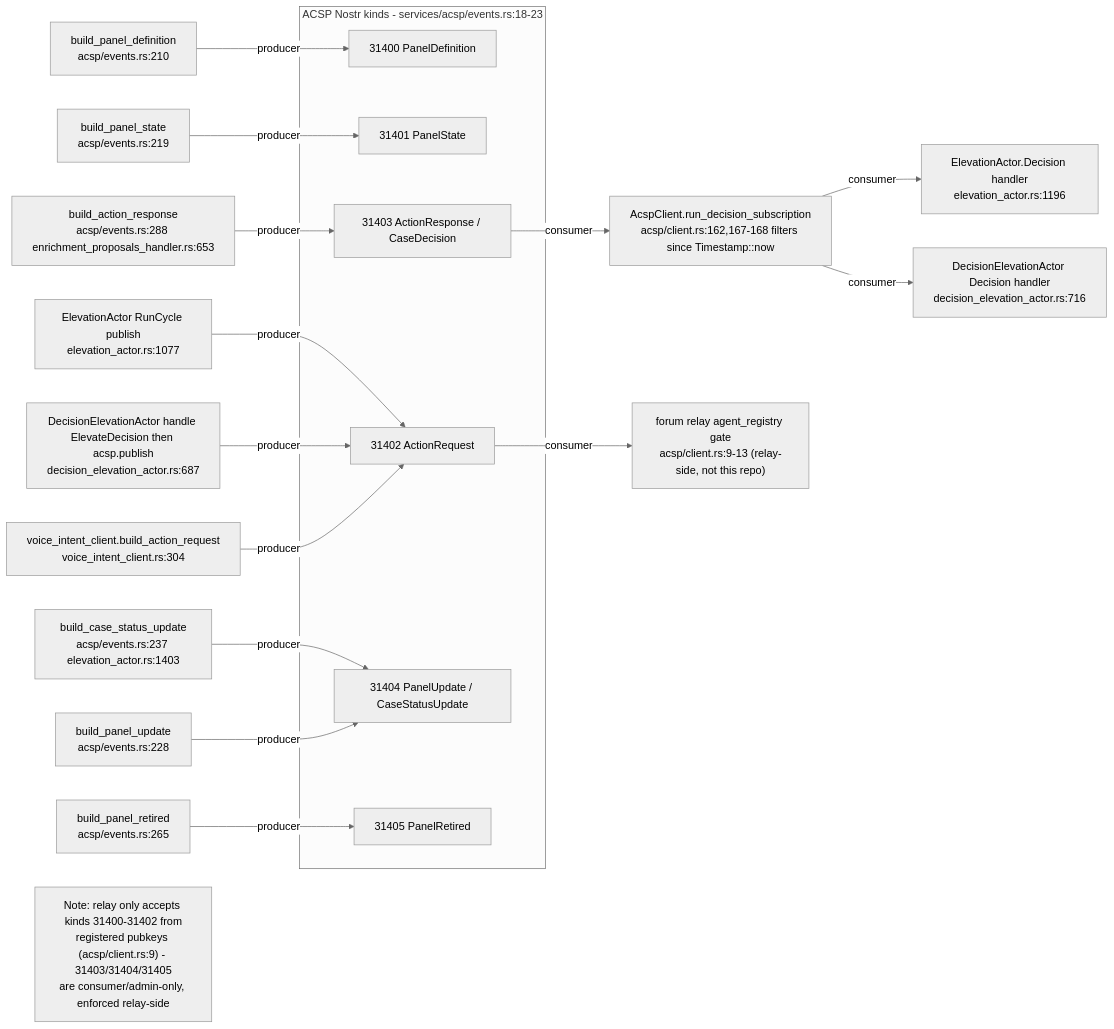
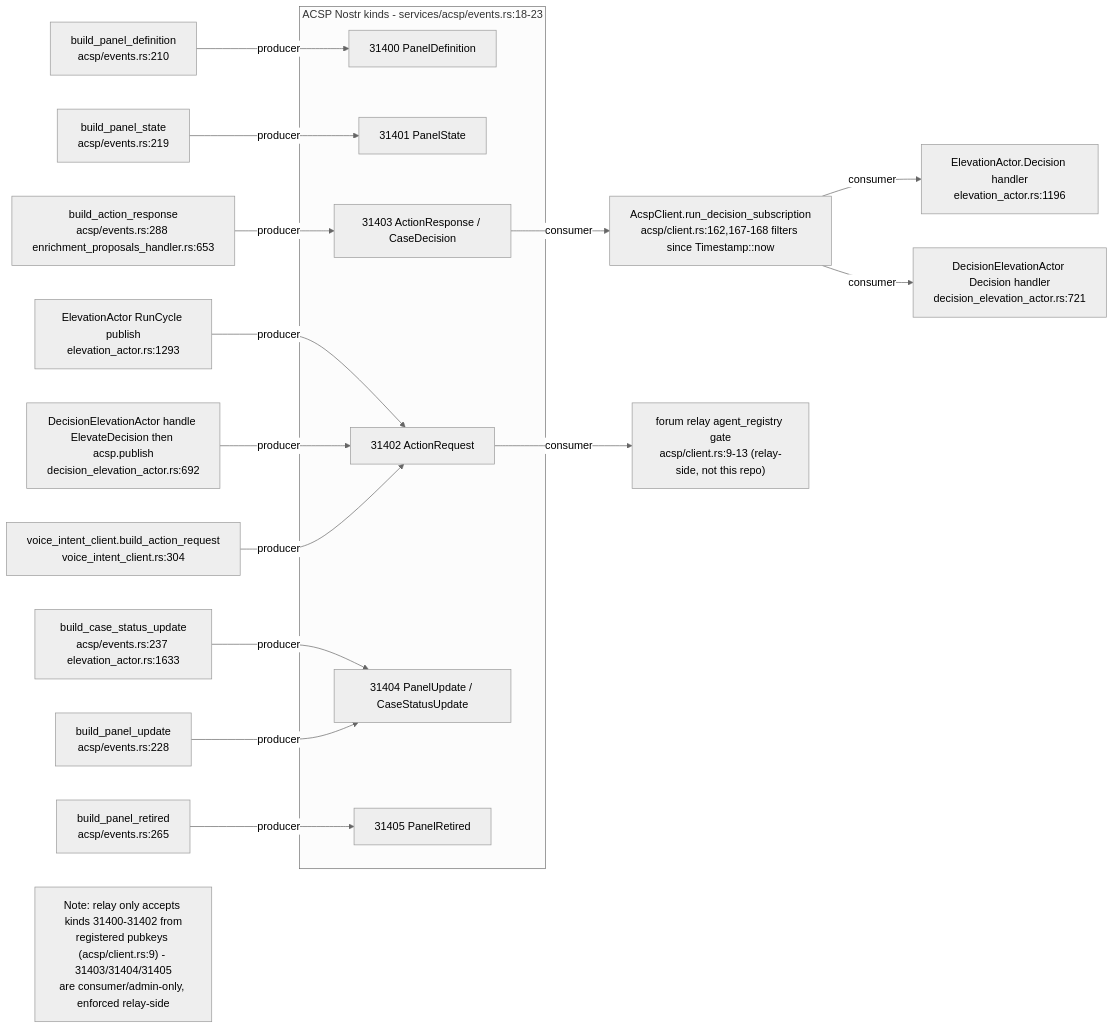
One commit to DreamLab-AI/VisionFlow changed the eighth of 11 diagrams in docs/diagrams/visionclaw/24-acsp-decision-elevation.md. Above: the diagram before and after it, drawn with Mermaid (neutral theme). The commit also changed other lines of this file and 111 other files, not shown here.

Commit message:
docs(diagrams): align estate maps with current source

````diff
--- a/docs/diagrams/visionclaw/24-acsp-decision-elevation.md
+++ b/docs/diagrams/visionclaw/24-acsp-decision-elevation.md
@@ -302,25 +303,25 @@
 ```mermaid
 flowchart LR
     subgraph kinds["ACSP Nostr kinds - services/acsp/events.rs:18-23"]
         K31400["31400 PanelDefinition"]
         K31401["31401 PanelState"]
         K31402["31402 ActionRequest"]
         K31403["31403 ActionResponse / CaseDecision"]
         K31404["31404 PanelUpdate / CaseStatusUpdate"]
         K31405["31405 PanelRetired"]
     end
     B31400["build_panel_definition<br/>acsp/events.rs:210"] -->|producer| K31400
     B31401["build_panel_state<br/>acsp/events.rs:219"] -->|producer| K31401
-    B31402A["ElevationActor RunCycle publish<br/>elevation_actor.rs:1077"] -->|producer| K31402
-    B31402B["DecisionElevationActor handle ElevateDecision then acsp.publish<br/>decision_elevation_actor.rs:687"] -->|producer| K31402
+    B31402A["ElevationActor RunCycle publish<br/>elevation_actor.rs:1293"] -->|producer| K31402
+    B31402B["DecisionElevationActor handle ElevateDecision then acsp.publish<br/>decision_elevation_actor.rs:692"] -->|producer| K31402
     B31402C["voice_intent_client.build_action_request<br/>voice_intent_client.rs:304"] -->|producer| K31402
     B31403A["build_action_response<br/>acsp/events.rs:288 enrichment_proposals_handler.rs:653"] -->|producer| K31403
-    B31404A["build_case_status_update<br/>acsp/events.rs:237 elevation_actor.rs:1403"] -->|producer| K31404
+    B31404A["build_case_status_update<br/>acsp/events.rs:237 elevation_actor.rs:1633"] -->|producer| K31404
     B31404B["build_panel_update<br/>acsp/events.rs:228"] -->|producer| K31404
     B31405["build_panel_retired<br/>acsp/events.rs:265"] -->|producer| K31405
     K31403 -->|consumer| C31403A["AcspClient.run_decision_subscription<br/>acsp/client.rs:162,167-168 filters since Timestamp::now"]
     C31403A -->|consumer| C31403B["ElevationActor.Decision handler<br/>elevation_actor.rs:1196"]
-    C31403A -->|consumer| C31403C["DecisionElevationActor Decision handler<br/>decision_elevation_actor.rs:716"]
+    C31403A -->|consumer| C31403C["DecisionElevationActor Decision handler<br/>decision_elevation_actor.rs:721"]
     K31402 -->|consumer| C31402["forum relay agent_registry gate<br/>acsp/client.rs:9-13 (relay-side, not this repo)"]
     Note1["Note: relay only accepts kinds 31400-31402 from<br/>registered pubkeys (acsp/client.rs:9) - 31403/31404/31405<br/>are consumer/admin-only, enforced relay-side"]
 ```
````
